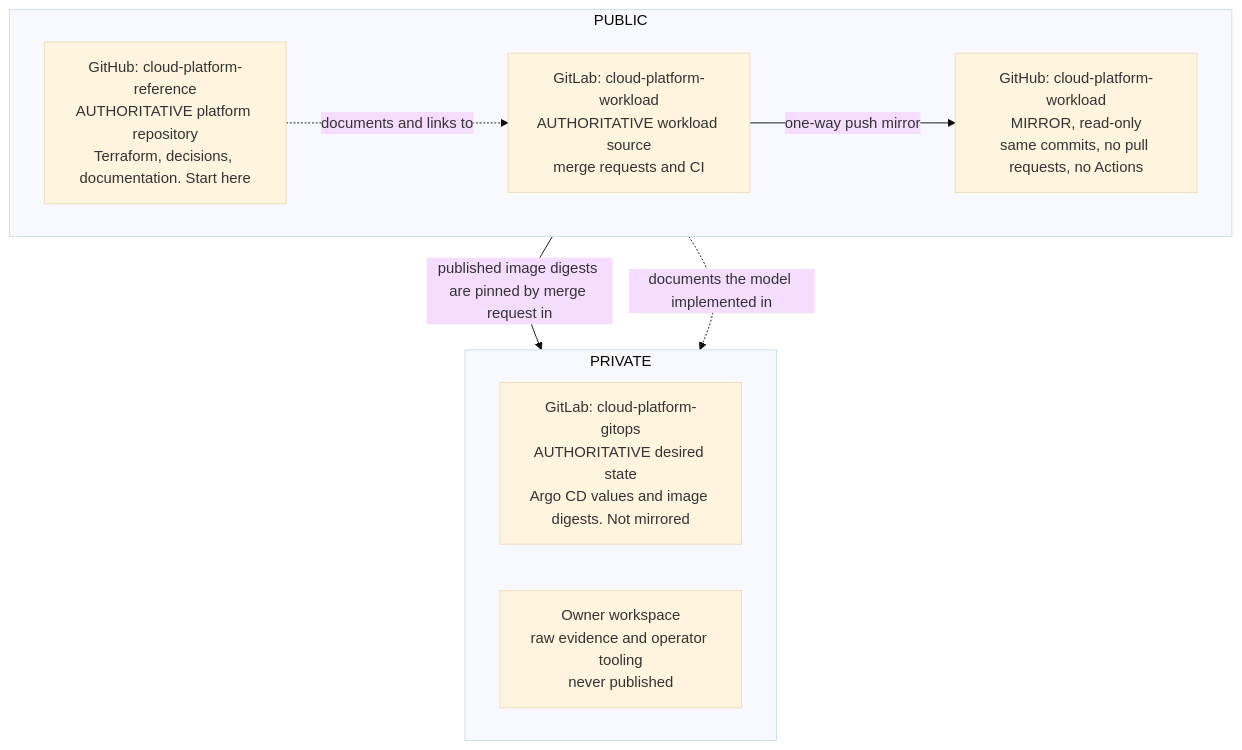
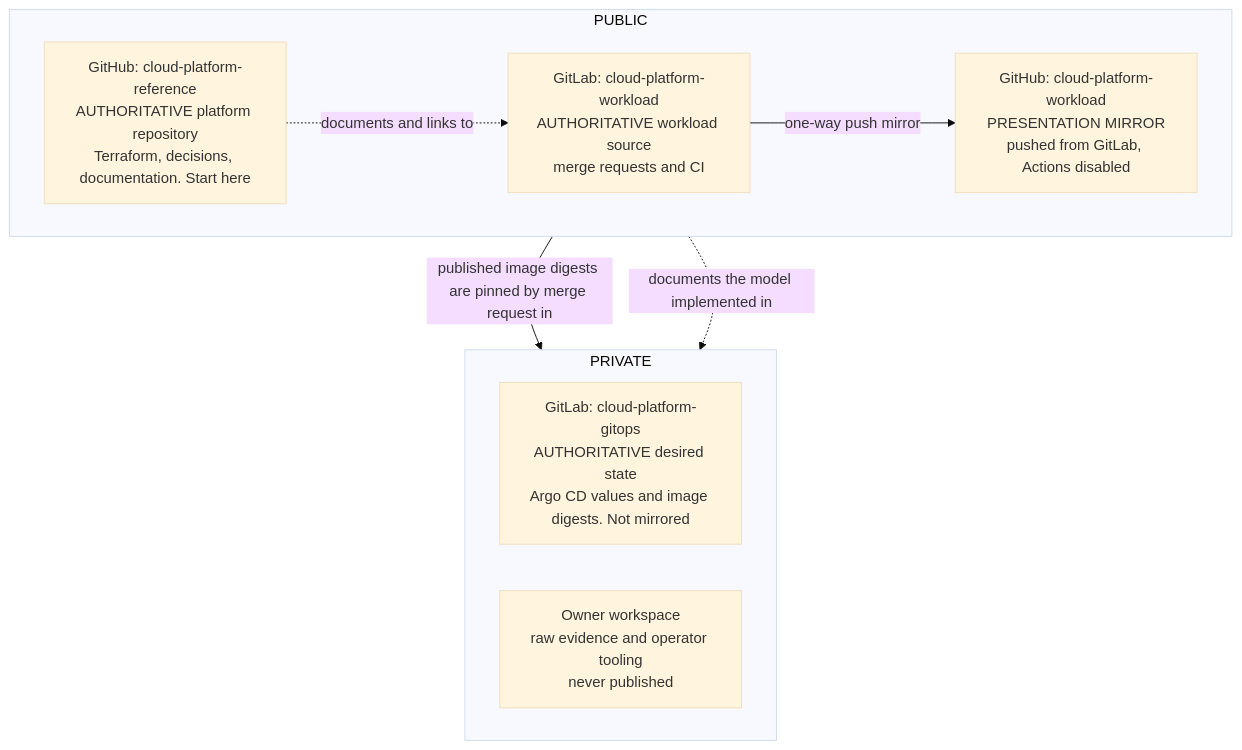
The diagram in docs/diagrams/repository-model.md (Tuhinzman/cloud-platform-reference), drawn with Mermaid (base theme) before and after one commit. The commit also changed other lines of this file and 3 other files, not shown here.

Commit message:
docs: correct mirror and CI wording and add full-size diagram links

````diff
--- a/docs/diagrams/repository-model.md
+++ b/docs/diagrams/repository-model.md
@@ -8,18 +10,18 @@
 ```mermaid
 flowchart TB
     subgraph PUBLIC
         direction LR
         REF["GitHub: cloud-platform-reference<br/>AUTHORITATIVE platform repository<br/>Terraform, decisions, documentation. Start here"]
         WL["GitLab: cloud-platform-workload<br/>AUTHORITATIVE workload source<br/>merge requests and CI"]
-        WLM["GitHub: cloud-platform-workload<br/>MIRROR, read-only<br/>same commits, no pull requests, no Actions"]
+        WLM["GitHub: cloud-platform-workload<br/>PRESENTATION MIRROR<br/>pushed from GitLab, Actions disabled"]
     end
     subgraph PRIVATE
         direction LR
         GO["GitLab: cloud-platform-gitops<br/>AUTHORITATIVE desired state<br/>Argo CD values and image digests. Not mirrored"]
         OPS["Owner workspace<br/>raw evidence and operator tooling<br/>never published"]
     end
     WL -->|"one-way push mirror"| WLM
     WL -->|"published image digests are pinned by merge request in"| GO
     REF -.->|"documents and links to"| WL
     REF -.->|"documents the model implemented in"| GO
 ```
````
